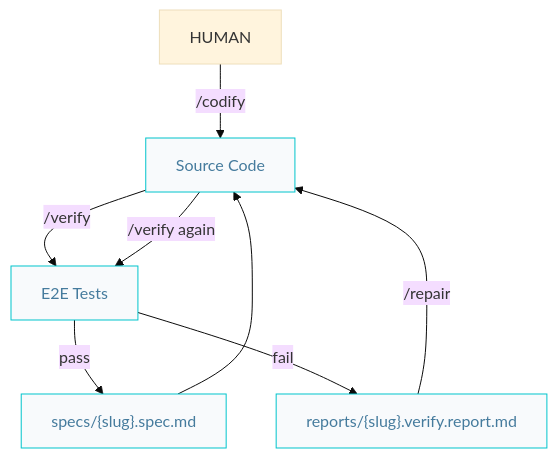
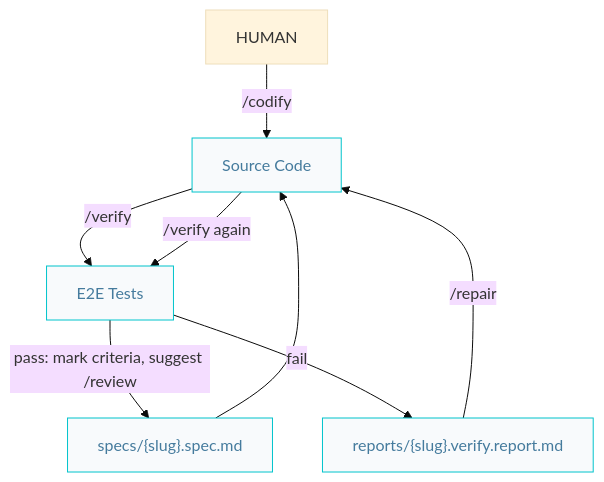
The second of 2 diagrams in docs/builder.pipelines.md (AIDDbot/AIDDbot), drawn with Mermaid (base theme) before and after one commit. The commit also changed other lines of this file and 10 other files, not shown here.

````diff
--- a/docs/builder.pipelines.md
+++ b/docs/builder.pipelines.md
@@ -30,18 +34,18 @@
 ```mermaid
 flowchart TD    
   HUM[HUMAN]
   SPC["specs/{slug}.spec.md"]:::nd
   COD[Source Code]:::nd
   E2E["E2E Tests"]:::nd
   RPT["reports/{slug}.verify.report.md"]:::nd
 
   SPC --> COD
   HUM -->|/codify| COD
   COD -->|/verify| E2E
-  E2E -->|pass| SPC
+  E2E -->|pass: mark criteria, suggest /review| SPC
   E2E -->|fail| RPT
   RPT -->|/repair| COD
   COD -->|/verify again| E2E
   
   classDef nd fill:#f8fafc,stroke:#00c4cc,color:#457b9d
 ```
````
